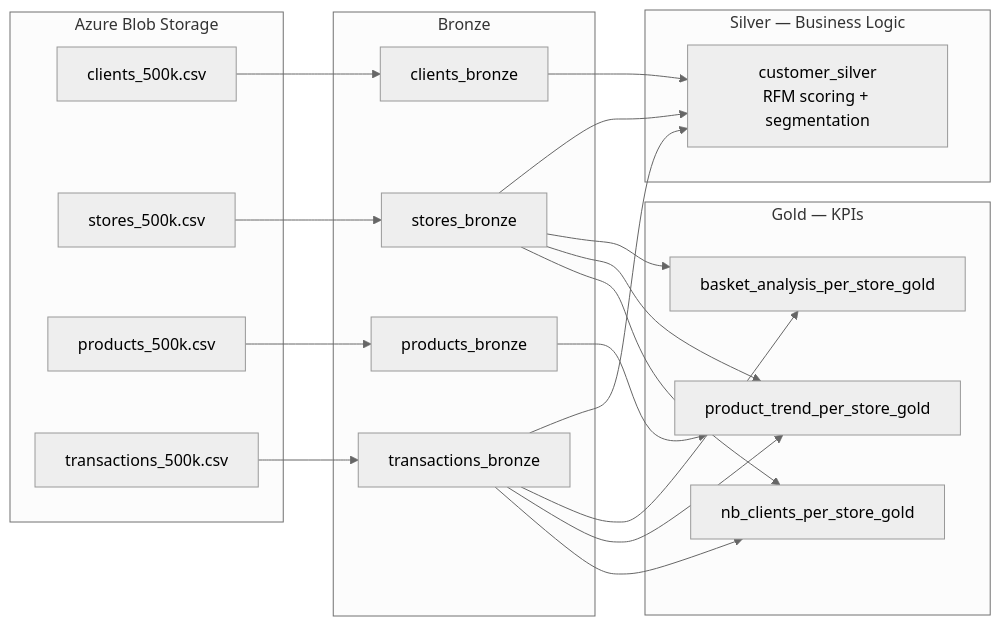
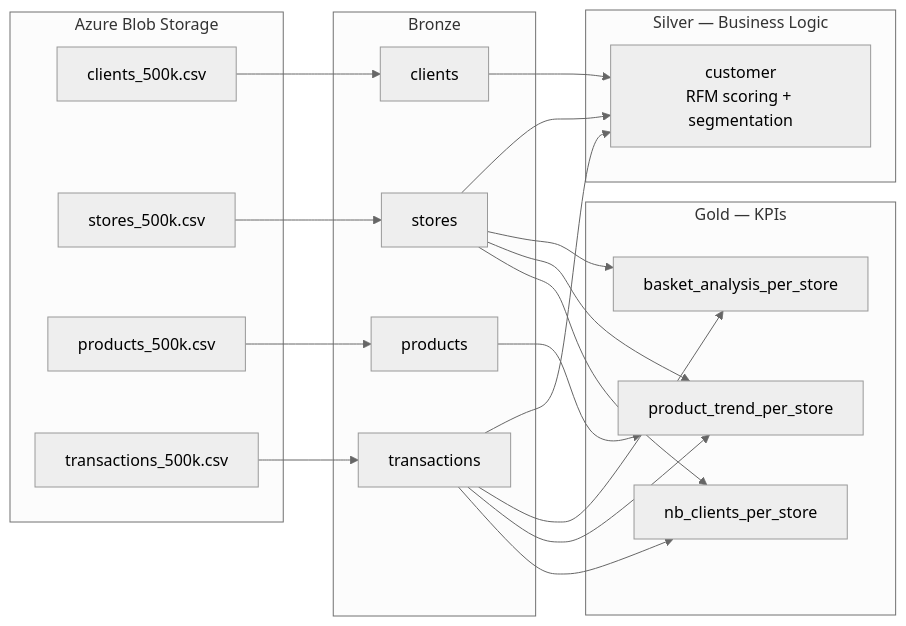
Before and after one commit to pierreWagou/deep-rayon: the diagram in docs/index.md, drawn with Mermaid (neutral theme). The commit also changed other lines of this file and 37 other files, not shown here.

````diff
--- a/docs/index.md
+++ b/docs/index.md
@@ -7,45 +7,45 @@
 ```mermaid
 flowchart LR
     subgraph Sources["Azure Blob Storage"]
         CSV1[clients_500k.csv]
         CSV2[stores_500k.csv]
         CSV3[products_500k.csv]
         CSV4[transactions_500k.csv]
     end
 
     subgraph Bronze["Bronze"]
-        bc[clients_bronze]
-        bs[stores_bronze]
-        bp[products_bronze]
-        bt[transactions_bronze]
+        bc[clients]
+        bs[stores]
+        bp[products]
+        bt[transactions]
     end
 
     subgraph Silver["Silver — Business Logic"]
-        customer_silver[customer_silver<br/>RFM scoring + segmentation]
+        customer[customer<br/>RFM scoring + segmentation]
     end
 
     subgraph Gold["Gold — KPIs"]
-        basket[basket_analysis_per_store_gold]
-        trend[product_trend_per_store_gold]
-        clients[nb_clients_per_store_gold]
+        basket[basket_analysis_per_store]
+        trend[product_trend_per_store]
+        clients[nb_clients_per_store]
     end
 
     CSV1 --> bc
     CSV2 --> bs
     CSV3 --> bp
     CSV4 --> bt
 
-    bc --> customer_silver
-    bs --> customer_silver
-    bt --> customer_silver
+    bc --> customer
+    bs --> customer
+    bt --> customer
 
     bt --> basket
     bs --> basket
 
     bt --> trend
     bp --> trend
     bs --> trend
 
     bt --> clients
     bs --> clients
 ```
````
